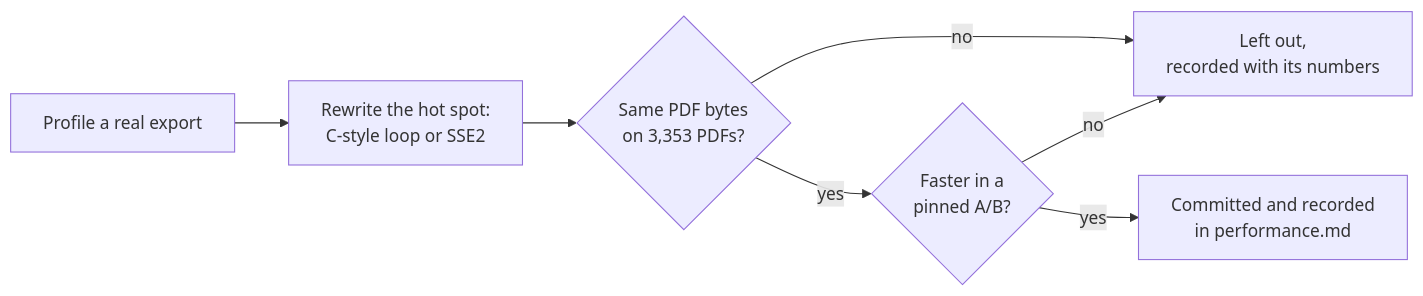
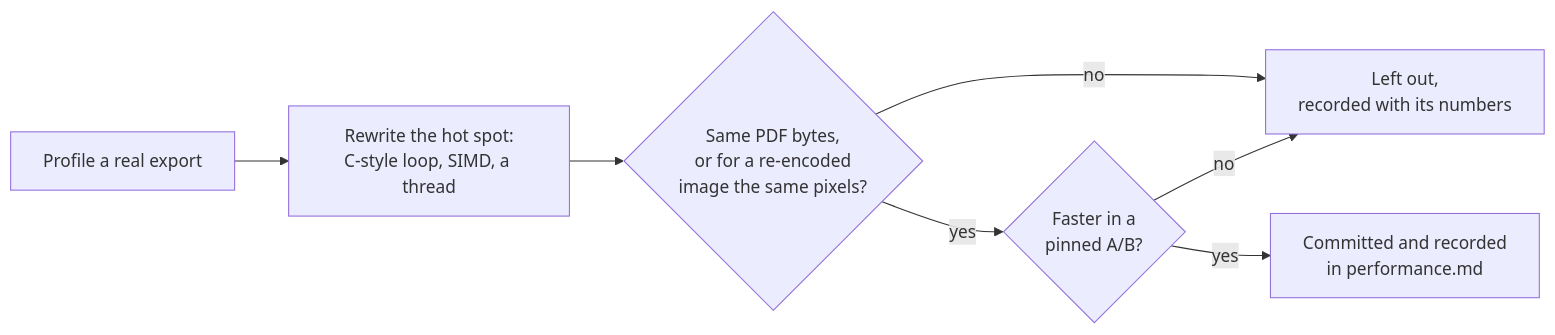
The fourth of 4 diagrams in README.md (Butterski/rayomd), drawn with Mermaid before and after one commit. The commit also changed other lines of this file and 1 other file, not shown here.

````diff
--- a/README.md
+++ b/README.md
@@ -252,9 +288,9 @@
 ```mermaid
 flowchart LR
-    A["Profile a real export"] --> B["Rewrite the hot spot:<br/>C-style loop or SSE2"]
-    B --> C{"Same PDF bytes<br/>on 3,353 PDFs?"}
+    A["Profile a real export"] --> B["Rewrite the hot spot:<br/>C-style loop, SIMD, a thread"]
+    B --> C{"Same PDF bytes,<br/>or for a re-encoded<br/>image the same pixels?"}
     C -- no --> X["Left out,<br/>recorded with its numbers"]
     C -- yes --> D{"Faster in a<br/>pinned A/B?"}
     D -- no --> X
     D -- yes --> E["Committed and recorded<br/>in performance.md"]
 ```
````
